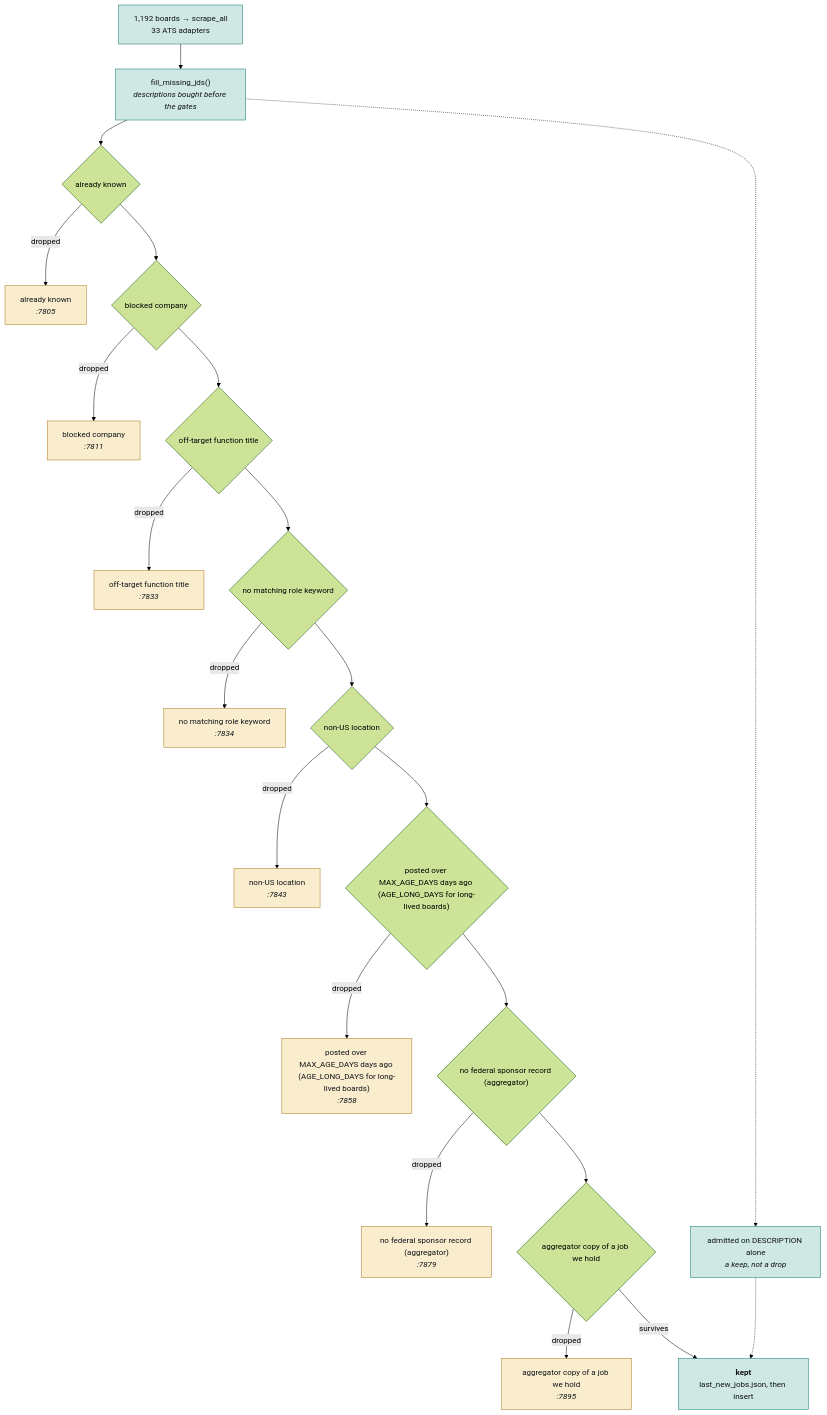
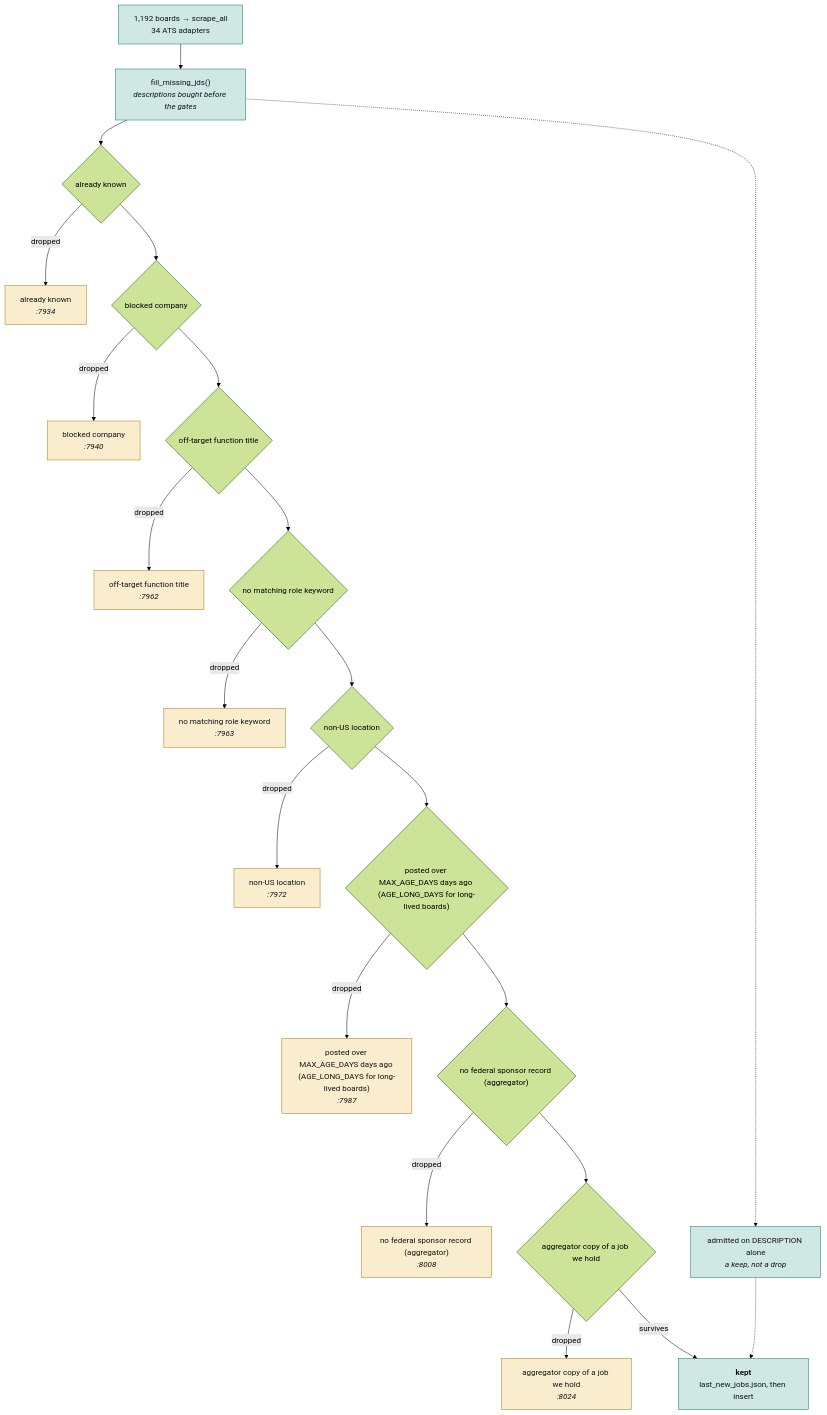
The second of 4 diagrams in JobMatch Scraper/docs/ARCHITECTURE.md (hadakunal909-debug/job-search-tool), drawn with Mermaid (forest theme) before and after one commit. The commit also changed other lines of this file and 6 other files, not shown here.

````diff
--- a/JobMatch Scraper/docs/ARCHITECTURE.md
+++ b/JobMatch Scraper/docs/ARCHITECTURE.md
@@ -106,54 +106,54 @@
 ```mermaid
 flowchart TB
-  SRC["1,192 boards → scrape_all<br/>33 ATS adapters"]
+  SRC["1,192 boards → scrape_all<br/>34 ATS adapters"]
   JD["fill_missing_jds()<br/><i>descriptions bought before the gates</i>"]
   SRC --> JD
   G0{"already known"}
-  D0["already known<br/><i>:7805</i>"]
+  D0["already known<br/><i>:7934</i>"]
   JD --> G0
   G0 -->|dropped| D0
   class D0 trap
   G1{"blocked company"}
-  D1["blocked company<br/><i>:7811</i>"]
+  D1["blocked company<br/><i>:7940</i>"]
   G0 --> G1
   G1 -->|dropped| D1
   class D1 trap
   G2{"off-target function title"}
-  D2["off-target function title<br/><i>:7833</i>"]
+  D2["off-target function title<br/><i>:7962</i>"]
   G1 --> G2
   G2 -->|dropped| D2
   class D2 trap
   G3{"no matching role keyword"}
-  D3["no matching role keyword<br/><i>:7834</i>"]
+  D3["no matching role keyword<br/><i>:7963</i>"]
   G2 --> G3
   G3 -->|dropped| D3
   class D3 trap
   G4{"non-US location"}
-  D4["non-US location<br/><i>:7843</i>"]
+  D4["non-US location<br/><i>:7972</i>"]
   G3 --> G4
   G4 -->|dropped| D4
   class D4 trap
   G5{"posted over MAX_AGE_DAYS days ago (AGE_LONG_DAYS for long-lived boards)"}
-  D5["posted over MAX_AGE_DAYS days ago (AGE_LONG_DAYS for long-lived boards)<br/><i>:7858</i>"]
+  D5["posted over MAX_AGE_DAYS days ago (AGE_LONG_DAYS for long-lived boards)<br/><i>:7987</i>"]
   G4 --> G5
   G5 -->|dropped| D5
   class D5 trap
   G6{"no federal sponsor record (aggregator)"}
-  D6["no federal sponsor record (aggregator)<br/><i>:7879</i>"]
+  D6["no federal sponsor record (aggregator)<br/><i>:8008</i>"]
   G5 --> G6
   G6 -->|dropped| D6
   class D6 trap
   G7{"aggregator copy of a job we hold"}
-  D7["aggregator copy of a job we hold<br/><i>:7895</i>"]
+  D7["aggregator copy of a job we hold<br/><i>:8024</i>"]
   G6 --> G7
   G7 -->|dropped| D7
   class D7 trap
   KEEP["<b>kept</b><br/>last_new_jobs.json, then insert"]
   G7 -->|survives| KEEP
   RESCUE["admitted on DESCRIPTION alone<br/><i>a keep, not a drop</i>"]
   JD -.-> RESCUE
   RESCUE -.-> KEEP
   classDef trap fill:#f9edcd,stroke:#a8781a,color:#101319
   classDef sched fill:#cfe8e3,stroke:#0f766e,color:#101319
   class SRC,JD,KEEP,RESCUE sched
 ```
````
